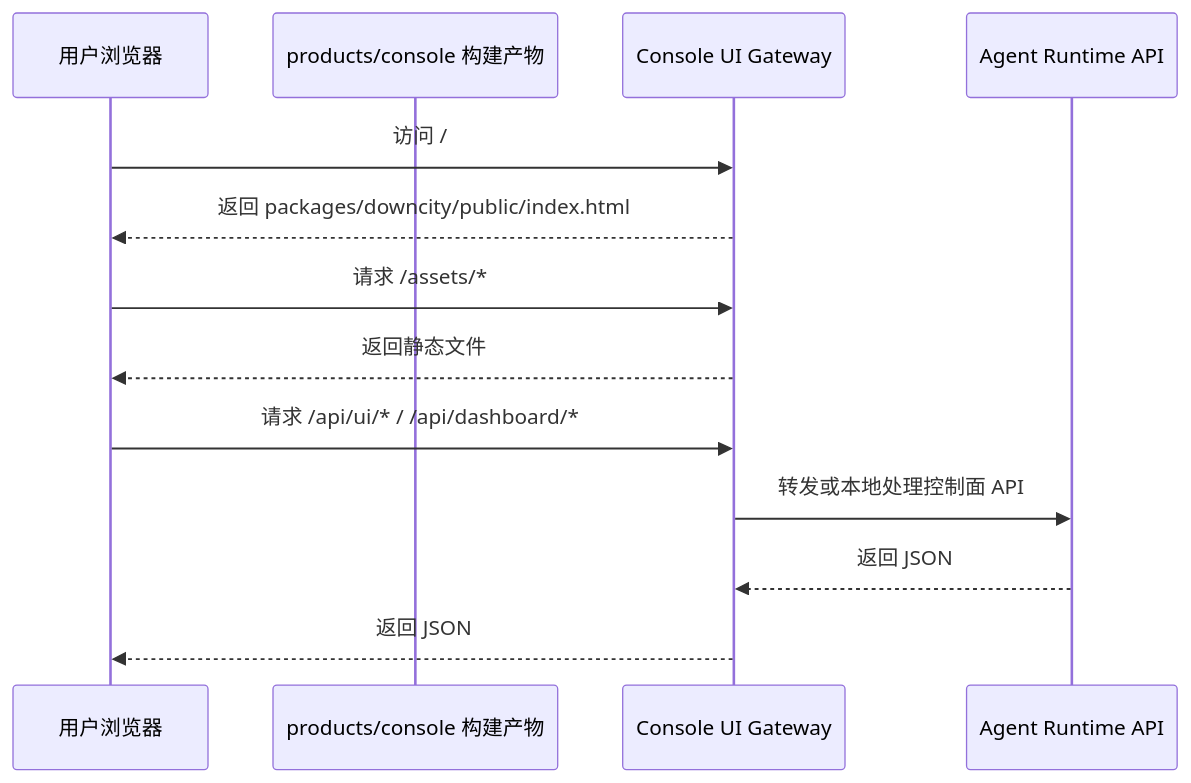
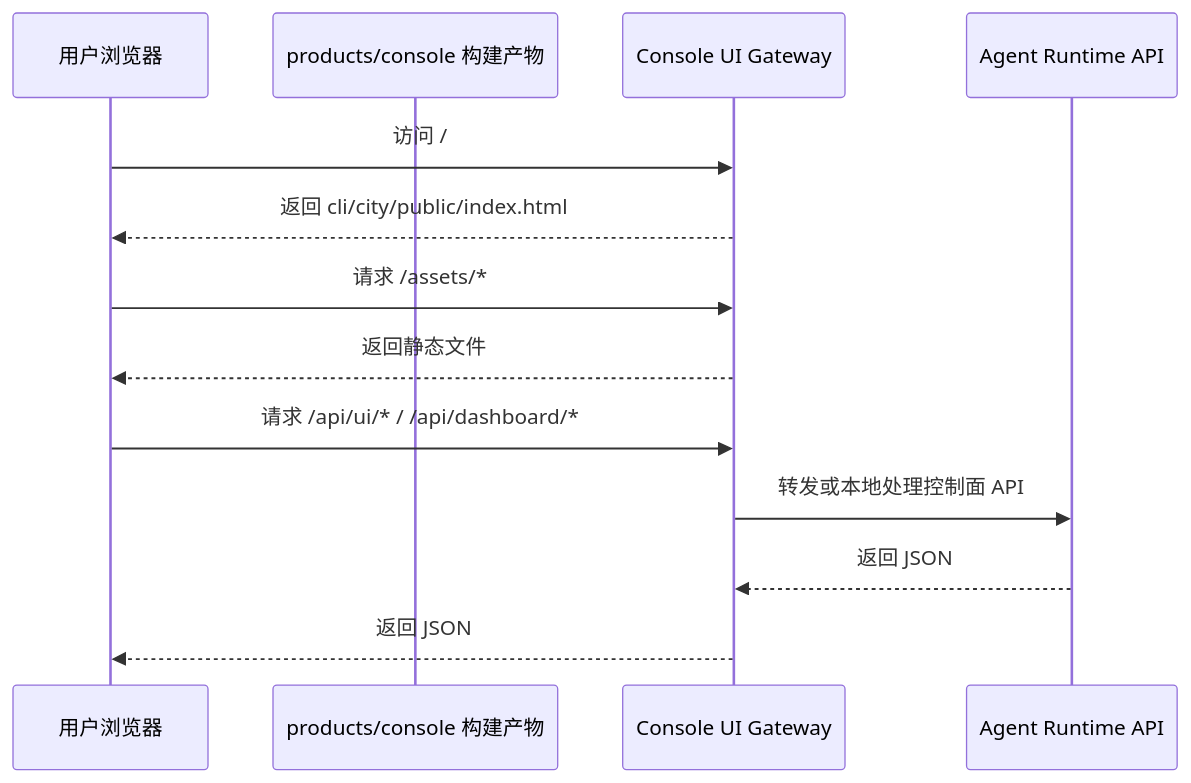
Before and after one commit to wangenius/downcity: the diagram in homepage/content/devdocs/zh/console-ui/build-and-runtime.mdx, drawn with Mermaid. The commit also changed other lines of this file and 278 other files, not shown here.

Commit message:
refactor(cli): split terminal packages

````diff
--- a/homepage/content/devdocs/zh/console-ui/build-and-runtime.mdx
+++ b/homepage/content/devdocs/zh/console-ui/build-and-runtime.mdx
@@ -75,16 +75,16 @@
 ```mermaid
 sequenceDiagram
   participant U as 用户浏览器
   participant C as products/console 构建产物
   participant G as Console UI Gateway
   participant R as Agent Runtime API
 
   U->>G: 访问 /
-  G-->>U: 返回 packages/downcity/public/index.html
+  G-->>U: 返回 cli/city/public/index.html
   U->>G: 请求 /assets/*
   G-->>U: 返回静态文件
   U->>G: 请求 /api/ui/* / /api/dashboard/*
   G->>R: 转发或本地处理控制面 API
   R-->>G: 返回 JSON
   G-->>U: 返回 JSON
 ```
````
